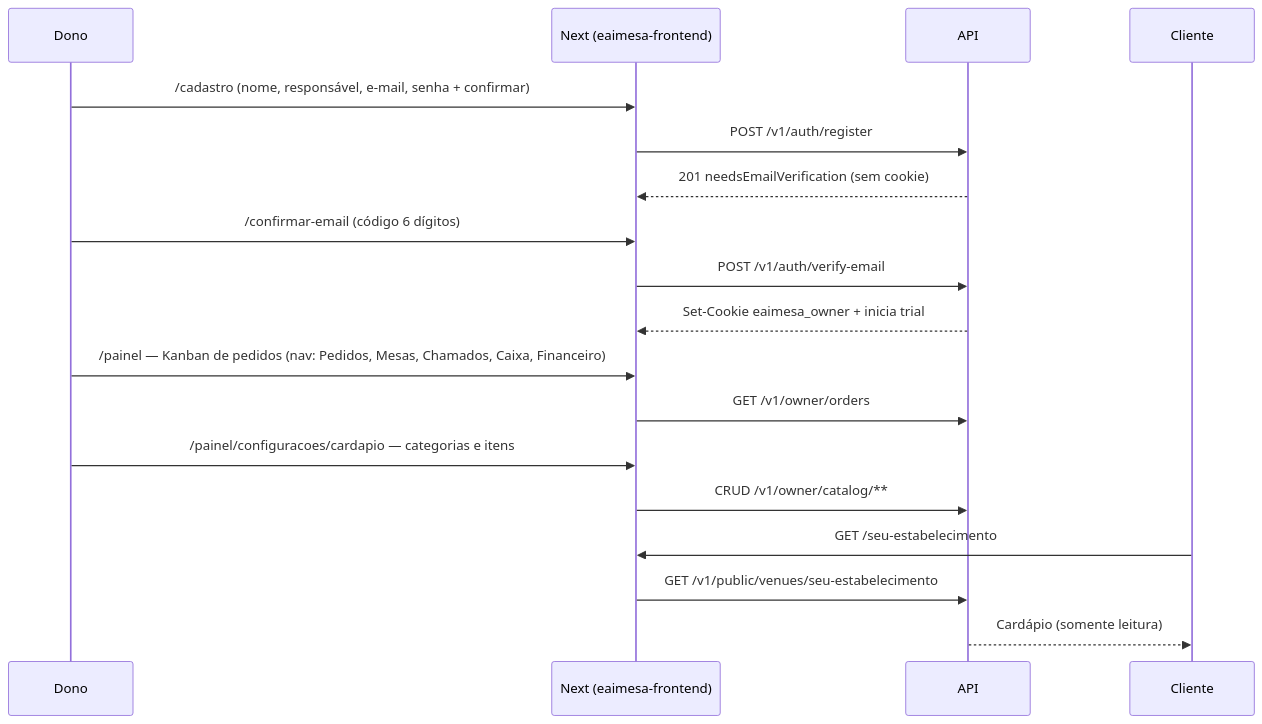
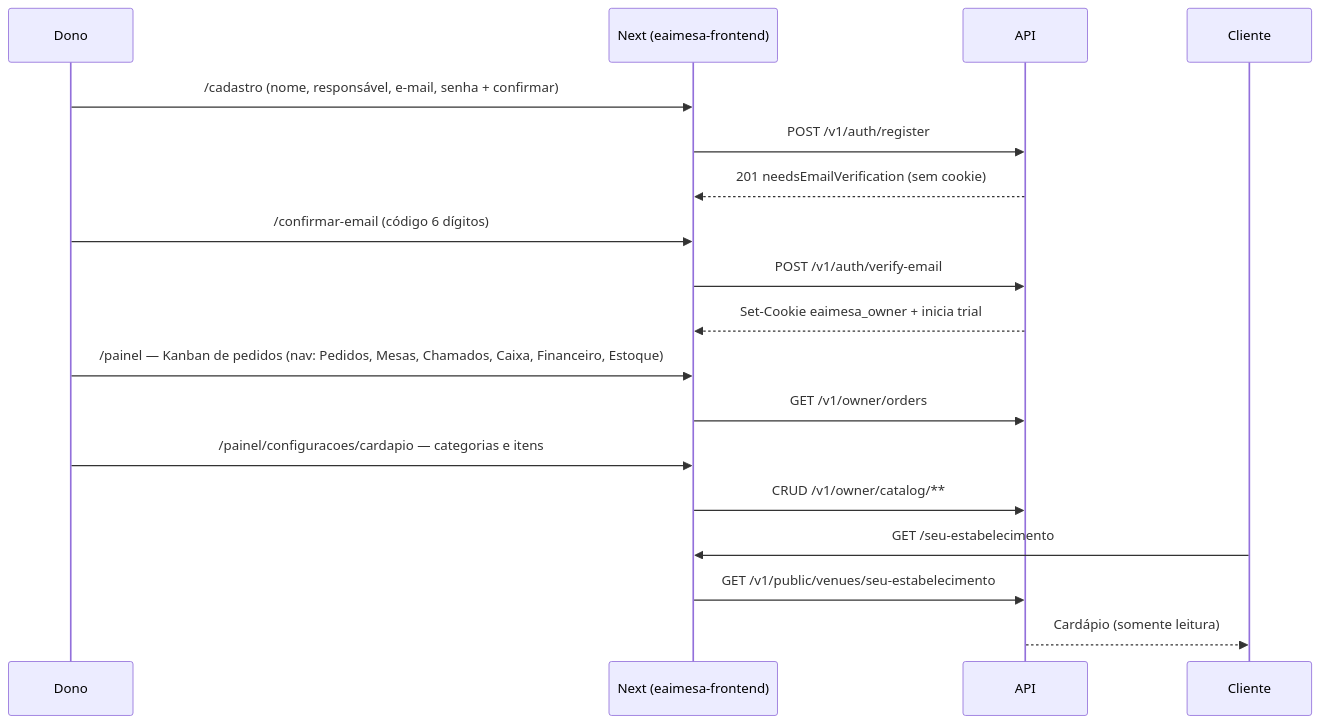
Before and after one commit to filiperamosds/eaimesa-frontend: the first of 7 diagrams in docs/product/fluxos.md, drawn with Mermaid. The commit also changed other lines of this file and 21 other files, not shown here.

````diff
--- a/docs/product/fluxos.md
+++ b/docs/product/fluxos.md
@@ -7,21 +7,21 @@
 ```mermaid
 sequenceDiagram
   participant D as Dono
   participant W as Next (eaimesa-frontend)
   participant API as API
   participant C as Cliente
 
   D->>W: /cadastro (nome, responsável, e-mail, senha + confirmar)
   W->>API: POST /v1/auth/register
   API-->>W: 201 needsEmailVerification (sem cookie)
   D->>W: /confirmar-email (código 6 dígitos)
   W->>API: POST /v1/auth/verify-email
   API-->>W: Set-Cookie eaimesa_owner + inicia trial
-  D->>W: /painel — Kanban de pedidos (nav: Pedidos, Mesas, Chamados, Caixa, Financeiro)
+  D->>W: /painel — Kanban de pedidos (nav: Pedidos, Mesas, Chamados, Caixa, Financeiro, Estoque)
   W->>API: GET /v1/owner/orders
   D->>W: /painel/configuracoes/cardapio — categorias e itens
   W->>API: CRUD /v1/owner/catalog/**
   C->>W: GET /seu-estabelecimento
   W->>API: GET /v1/public/venues/seu-estabelecimento
   API-->>C: Cardápio (somente leitura)
 ```
````
